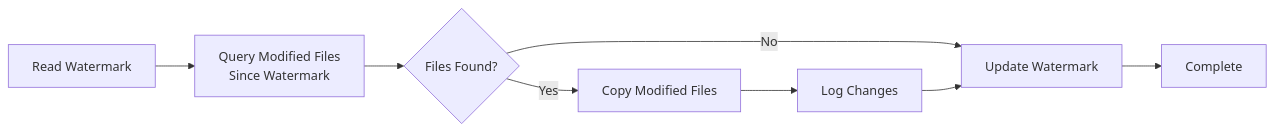
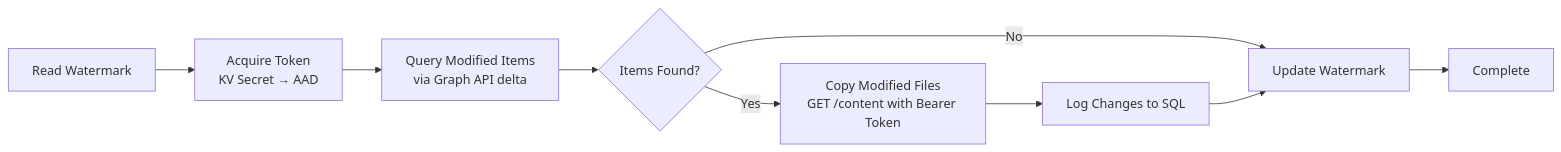
One commit to anurag251294/desktop-tutorial changed the fourth of 5 diagrams in hydro-one-sharepoint-migration-poc/docs/architecture.md. Above: the diagram before and after it, drawn with Mermaid. The commit also changed other lines of this file and 1 other file, not shown here.

````diff
--- a/hydro-one-sharepoint-migration-poc/docs/architecture.md
+++ b/hydro-one-sharepoint-migration-poc/docs/architecture.md
@@ -178,10 +241,11 @@
 ```mermaid
 flowchart LR
-    A[Read Watermark] --> B[Query Modified Files<br/>Since Watermark]
-    B --> C{Files Found?}
-    C -->|No| D[Update Watermark]
-    C -->|Yes| E[Copy Modified Files]
-    E --> F[Log Changes]
-    F --> D
-    D --> G[Complete]
+    A[Read Watermark] --> B[Acquire Token<br/>KV Secret → AAD]
+    B --> C[Query Modified Items<br/>via Graph API delta]
+    C --> D{Items Found?}
+    D -->|No| E[Update Watermark]
+    D -->|Yes| F[Copy Modified Files<br/>GET /content with Bearer Token]
+    F --> G[Log Changes to SQL]
+    G --> E
+    E --> H[Complete]
 ```
````
